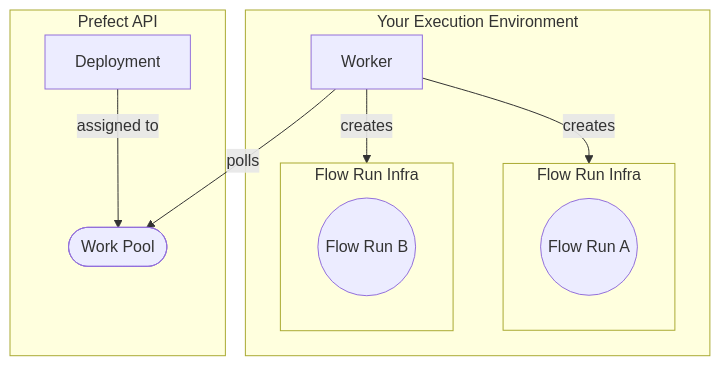
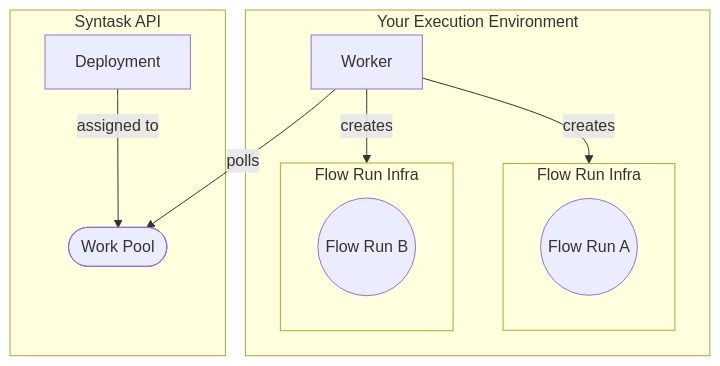
The diagram in docs/3.0/deploy/infrastructure-concepts/workers.mdx (khulnasoft-bot/syntask), drawn with Mermaid before and after one commit. The commit also changed other lines of this file and 2959 other files, not shown here.

````diff
--- a/docs/3.0/deploy/infrastructure-concepts/workers.mdx
+++ b/docs/3.0/deploy/infrastructure-concepts/workers.mdx
@@ -14,21 +14,21 @@
 ```mermaid
 graph TD
     subgraph your_infra["Your Execution Environment"]
         worker["Worker"]
     subgraph flow_run_infra[Flow Run Infra]
      flow_run_a(("Flow Run A"))
     end
     subgraph flow_run_infra_2[Flow Run Infra]
      flow_run_b(("Flow Run B"))
     end      
     end
 
-    subgraph api["Prefect API"]
+    subgraph api["Syntask API"]
     Deployment --> |assigned to| work_pool
         work_pool(["Work Pool"])
     end
 
     worker --> |polls| work_pool
     worker --> |creates| flow_run_infra
     worker --> |creates| flow_run_infra_2
 ```
````
